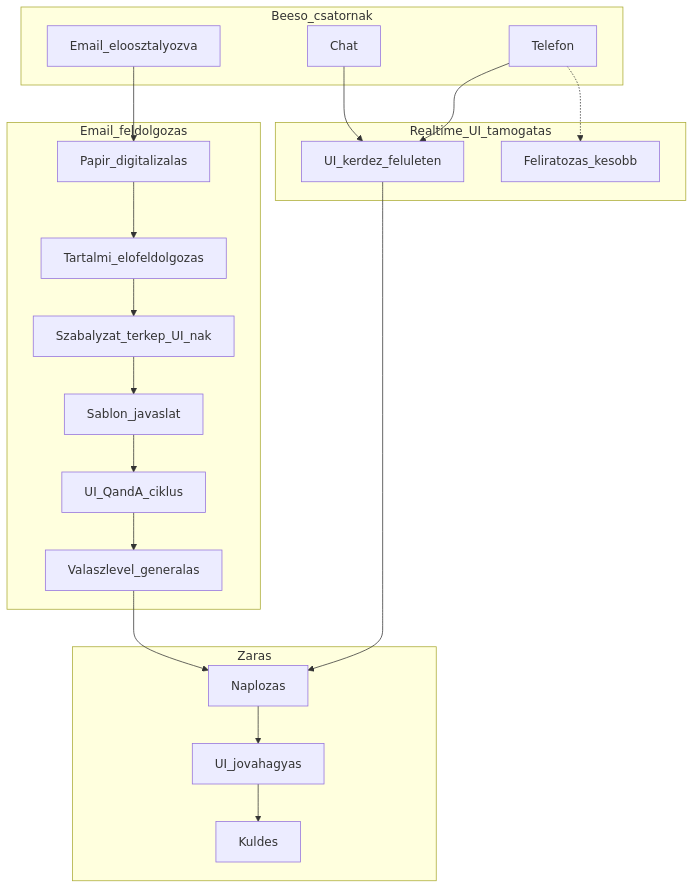
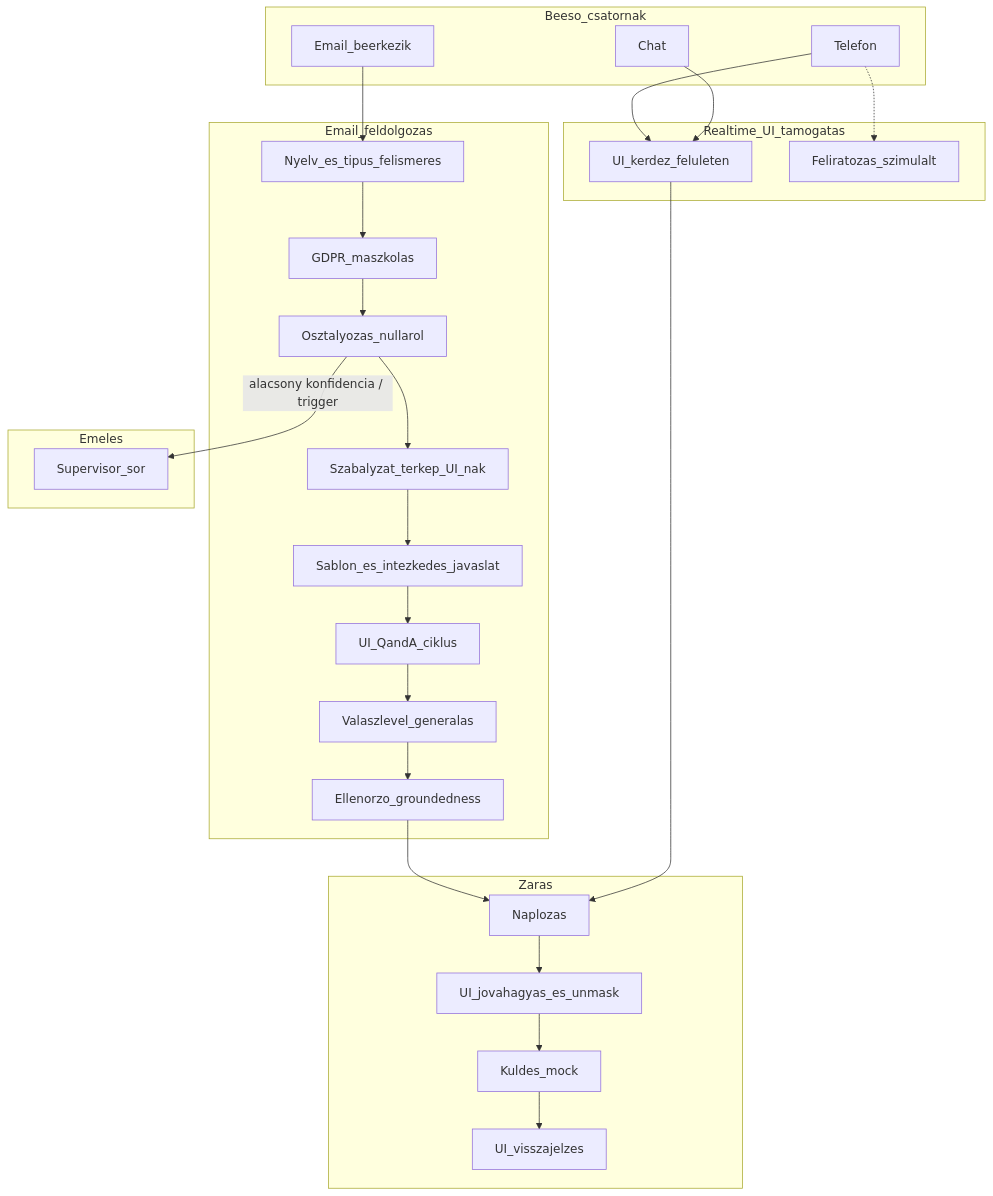
The diagram in ASZF_QnA_Agent_uzleti_spec.md (zsufera/ASZF_project), drawn with Mermaid before and after one commit. The commit also changed other lines of this file and 1 other file, not shown here.

````diff
--- a/ASZF_QnA_Agent_uzleti_spec.md
+++ b/ASZF_QnA_Agent_uzleti_spec.md
@@ -38,32 +45,39 @@
 ```mermaid
 flowchart TD
     subgraph inbound [Beeso_csatornak]
-        Email[Email_eloosztalyozva]
+        Email[Email_beerkezik]
         Chat[Chat]
         Phone[Telefon]
     end
     subgraph realtime [Realtime_UI_tamogatas]
         Copilot[UI_kerdez_feluleten]
-        Transcript[Feliratozas_kesobb]
+        Transcript[Feliratozas_szimulalt]
     end
     subgraph emailFlow [Email_feldolgozas]
-        Digitize[Papir_digitalizalas]
-        PreProc[Tartalmi_elofeldolgozas]
+        Lang[Nyelv_es_tipus_felismeres]
+        Mask[GDPR_maszkolas]
+        Classify[Osztalyozas_nullarol]
         DocMap[Szabalyzat_terkep_UI_nak]
-        Template[Sablon_javaslat]
+        Template[Sablon_es_intezkedes_javaslat]
         FollowUp[UI_QandA_ciklus]
         GenLetter[Valaszlevel_generalas]
+        Verify[Ellenorzo_groundedness]
+    end
+    subgraph escalation [Emeles]
+        SupQueue[Supervisor_sor]
     end
     subgraph close [Zaras]
         Audit[Naplozas]
-        Approve[UI_jovahagyas]
-        SendOut[Kuldes]
+        Approve[UI_jovahagyas_es_unmask]
+        SendOut[Kuldes_mock]
+        Feedback[UI_visszajelzes]
     end
     Phone --> Copilot
     Chat --> Copilot
     Phone -.-> Transcript
-    Email --> Digitize --> PreProc --> DocMap --> Template --> FollowUp --> GenLetter
+    Email --> Lang --> Mask --> Classify --> DocMap --> Template --> FollowUp --> GenLetter --> Verify
+    Classify -->|"alacsony konfidencia / trigger"| SupQueue
+    Verify --> Audit
     Copilot --> Audit
-    GenLetter --> Audit
-    Audit --> Approve --> SendOut
+    Audit --> Approve --> SendOut --> Feedback
 ```
````
